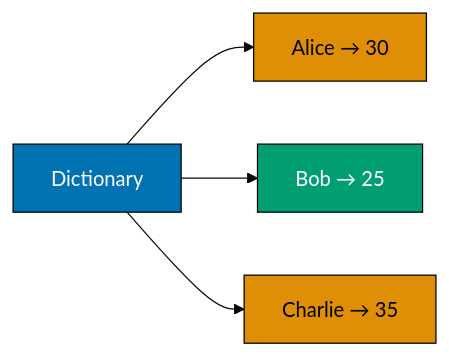
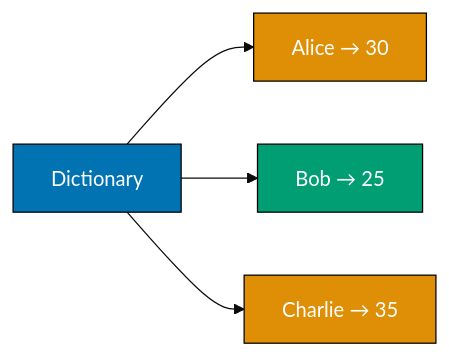
The fifth of 7 diagrams in apps/ayokoding-web/content/en/learn/software-engineering/programming-languages/c-sharp/by-example/beginner.md (wahidyankf/open-sharia-enterprise), drawn with Mermaid (base theme) before and after one commit. The commit also changed other lines of this file and 61 other files, not shown here.

First line of the commit message:
fix(ayokoding-web): quote Mermaid node labels with special characters in Example 63

````diff
--- a/apps/ayokoding-web/content/en/learn/software-engineering/programming-languages/c-sharp/by-example/beginner.md
+++ b/apps/ayokoding-web/content/en/learn/software-engineering/programming-languages/c-sharp/by-example/beginner.md
@@ -655,13 +655,13 @@
 ```mermaid
 %% Color Palette: Blue #0173B2, Orange #DE8F05, Teal #029E73
 graph LR
     A["Dictionary<string, int>"]:::blue
     A --> B["Alice → 30"]:::orange
     A --> C["Bob → 25"]:::teal
     A --> D["Charlie → 35"]:::orange
 
     style A fill:#0173B2,stroke:#000,color:#fff
-    style B fill:#DE8F05,stroke:#000,color:#000
+    style B fill:#DE8F05,stroke:#000,color:#fff
     style C fill:#029E73,stroke:#000,color:#fff
-    style D fill:#DE8F05,stroke:#000,color:#000
+    style D fill:#DE8F05,stroke:#000,color:#fff
 ```
````
